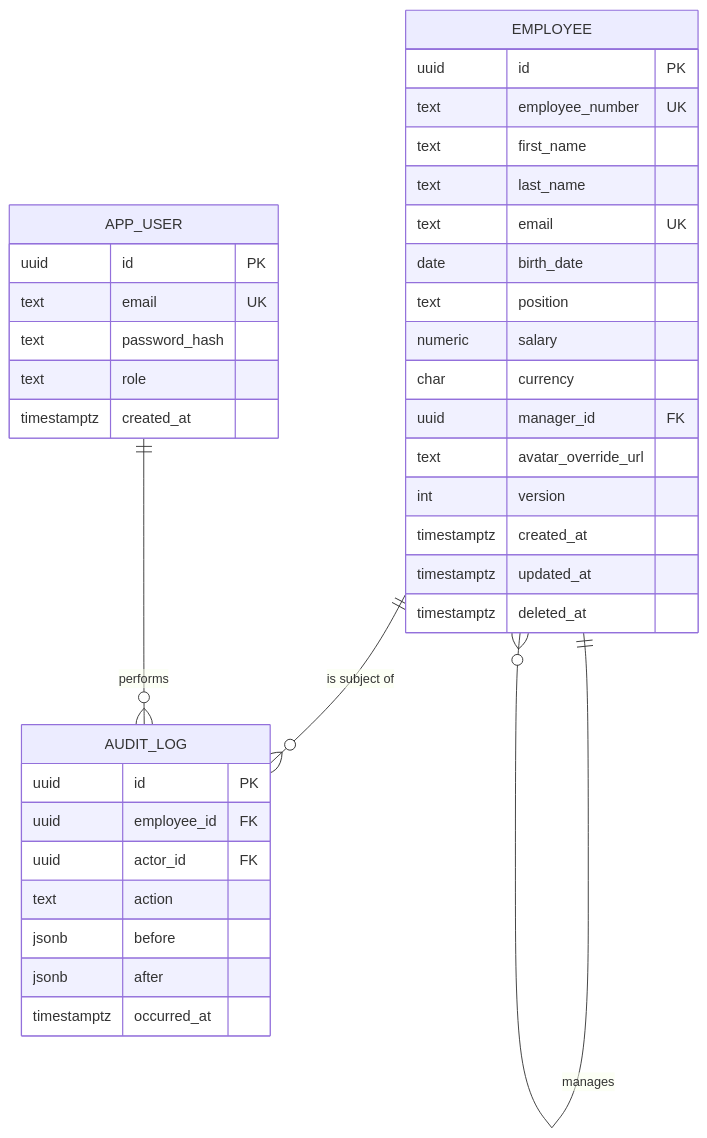
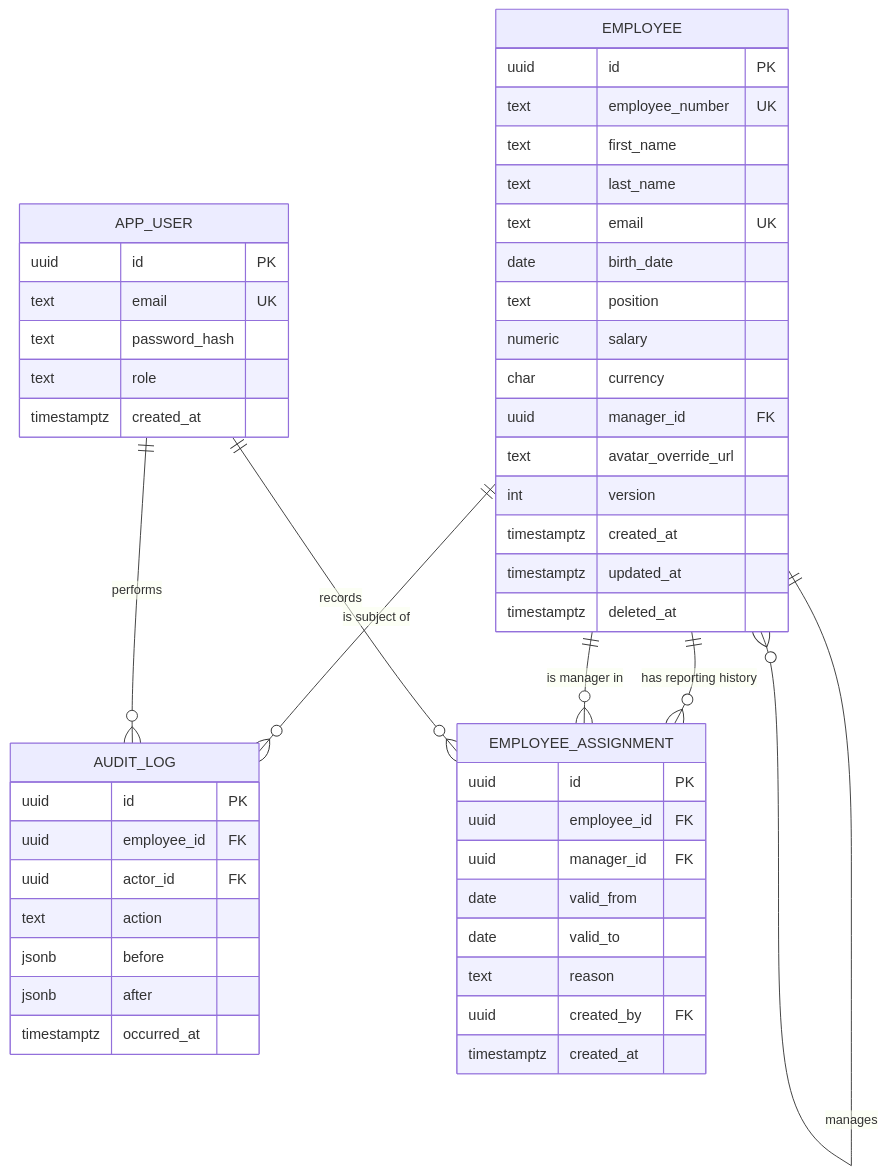
One commit to MichaelKoch23/Epi-Use-Technical-Assessment changed the fourth of 4 diagrams in docs/TECHNICAL-DESIGN.md. Above: the diagram before and after it, drawn with Mermaid. The commit also changed other lines of this file and 16 other files, not shown here.

````diff
--- a/docs/TECHNICAL-DESIGN.md
+++ b/docs/TECHNICAL-DESIGN.md
@@ -214,42 +218,56 @@
 ```mermaid
 erDiagram
     EMPLOYEE ||--o{ EMPLOYEE : "manages"
     EMPLOYEE ||--o{ AUDIT_LOG : "is subject of"
     APP_USER ||--o{ AUDIT_LOG : "performs"
+    EMPLOYEE ||--o{ EMPLOYEE_ASSIGNMENT : "has reporting history"
+    EMPLOYEE ||--o{ EMPLOYEE_ASSIGNMENT : "is manager in"
+    APP_USER ||--o{ EMPLOYEE_ASSIGNMENT : "records"
 
     EMPLOYEE {
         uuid id PK
         text employee_number UK
         text first_name
         text last_name
         text email UK
         date birth_date
         text position
         numeric salary
         char currency
         uuid manager_id FK
         text avatar_override_url
         int version
         timestamptz created_at
         timestamptz updated_at
         timestamptz deleted_at
     }
 
     APP_USER {
         uuid id PK
         text email UK
         text password_hash
         text role
         timestamptz created_at
     }
 
     AUDIT_LOG {
         uuid id PK
         uuid employee_id FK
         uuid actor_id FK
         text action
         jsonb before
         jsonb after
         timestamptz occurred_at
     }
+
+    EMPLOYEE_ASSIGNMENT {
+        uuid id PK
+        uuid employee_id FK
+        uuid manager_id FK
+        date valid_from
+        date valid_to
+        text reason
+        uuid created_by FK
+        timestamptz created_at
+    }
 ```
````
